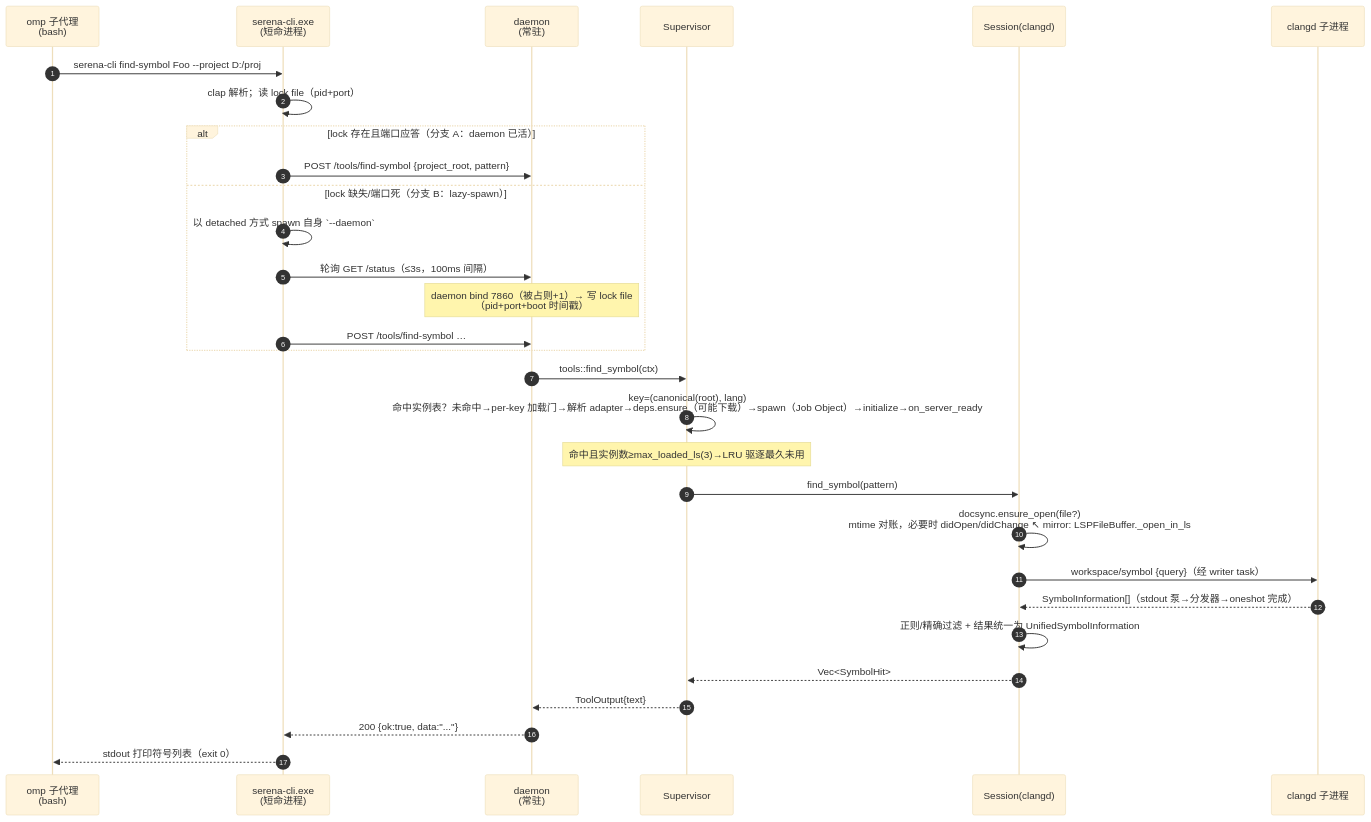
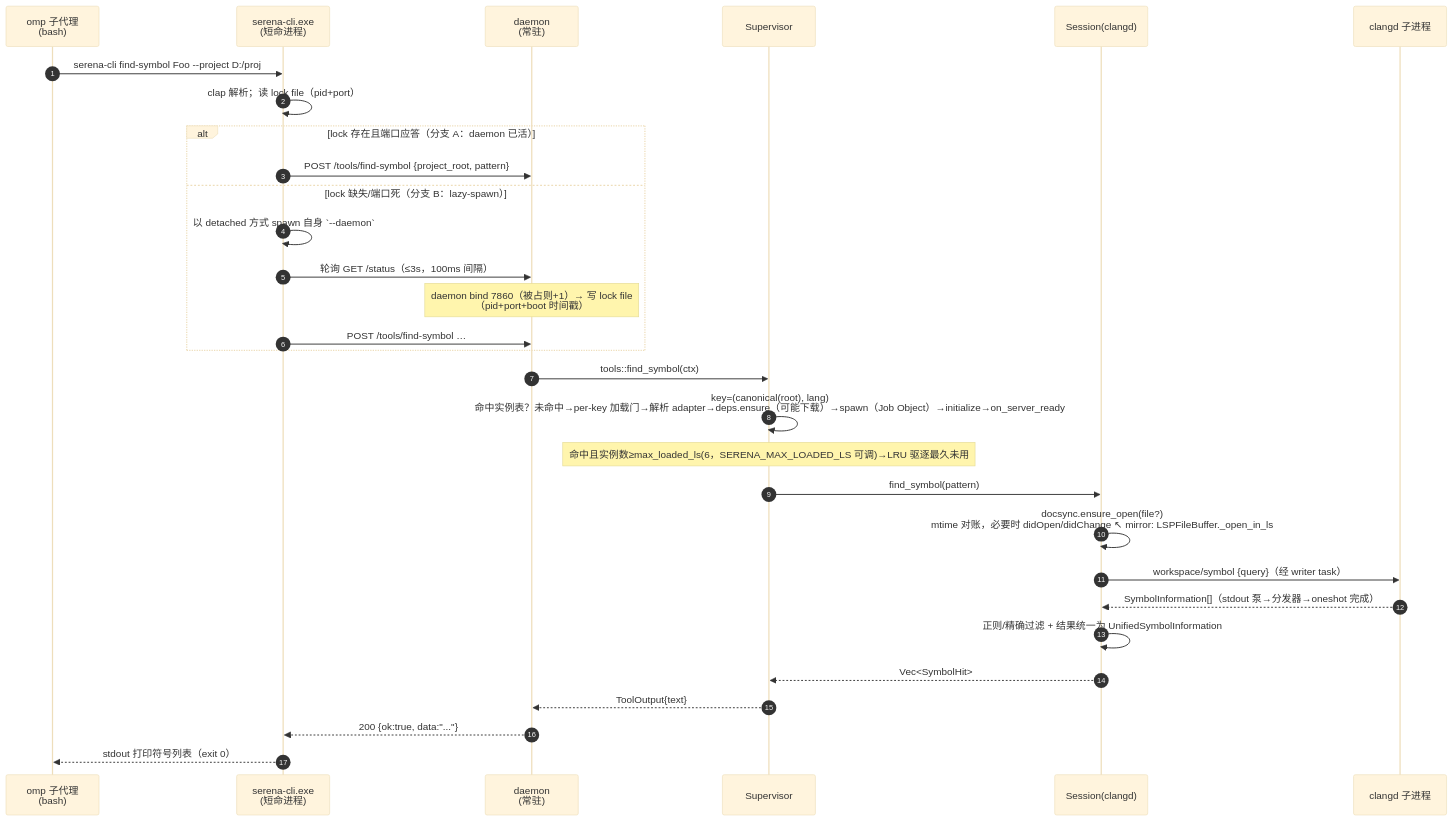
The second of 8 diagrams in ARCHITECTURE.md (Be90nia/serena-cli), drawn with Mermaid (base theme) before and after one commit. The commit also changed 13 other files, not shown here.

````diff
--- a/ARCHITECTURE.md
+++ b/ARCHITECTURE.md
@@ -138,33 +138,33 @@
 ```mermaid
 sequenceDiagram
     autonumber
     participant Agent as omp 子代理<br/>(bash)
     participant CLI as serena-cli.exe<br/>(短命进程)
     participant D as daemon<br/>(常驻)
     participant SUP as Supervisor
     participant SES as Session(clangd)
     participant LS as clangd 子进程
 
     Agent->>CLI: serena-cli find-symbol Foo --project D:/proj
     CLI->>CLI: clap 解析；读 lock file（pid+port）
     alt lock 存在且端口应答（分支 A：daemon 已活）
         CLI->>D: POST /tools/find-symbol {project_root, pattern}
     else lock 缺失/端口死（分支 B：lazy-spawn）
         CLI->>CLI: 以 detached 方式 spawn 自身 `--daemon`
         CLI->>D: 轮询 GET /status（≤3s，100ms 间隔）
         Note over D: daemon bind 7860（被占则+1）→ 写 lock file<br/>（pid+port+boot 时间戳）
         CLI->>D: POST /tools/find-symbol …
     end
     D->>SUP: tools::find_symbol(ctx)
     SUP->>SUP: key=(canonical(root), lang)<br/>命中实例表？未命中→per-key 加载门→解析 adapter→deps.ensure（可能下载）→spawn（Job Object）→initialize→on_server_ready
-    Note over SUP: 命中且实例数≥max_loaded_ls(3)→LRU 驱逐最久未用
+    Note over SUP: 命中且实例数≥max_loaded_ls(6，SERENA_MAX_LOADED_LS 可调)→LRU 驱逐最久未用
     SUP->>SES: find_symbol(pattern)
     SES->>SES: docsync.ensure_open(file?)<br/>mtime 对账，必要时 didOpen/didChange ↖ mirror: LSPFileBuffer._open_in_ls
     SES->>LS: workspace/symbol {query}（经 writer task）
     LS-->>SES: SymbolInformation[]（stdout 泵→分发器→oneshot 完成）
     SES->>SES: 正则/精确过滤 + 结果统一为 UnifiedSymbolInformation
     SES-->>SUP: Vec<SymbolHit>
     SUP-->>D: ToolOutput{text}
     D-->>CLI: 200 {ok:true, data:"..."}
     CLI-->>Agent: stdout 打印符号列表（exit 0）
 ```
````
